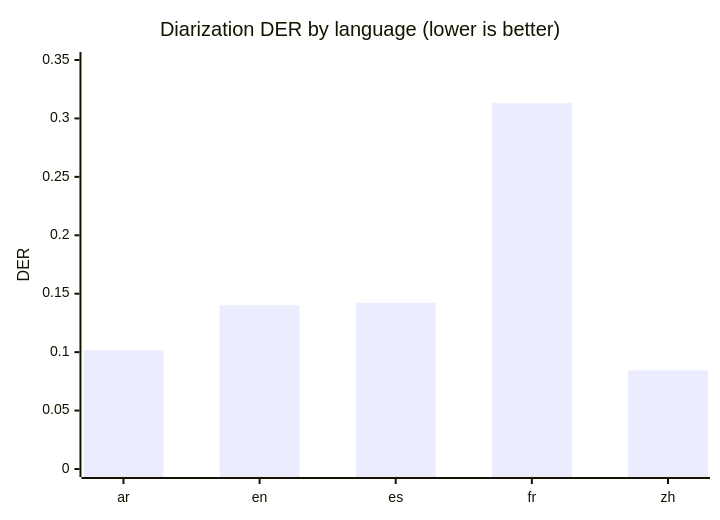
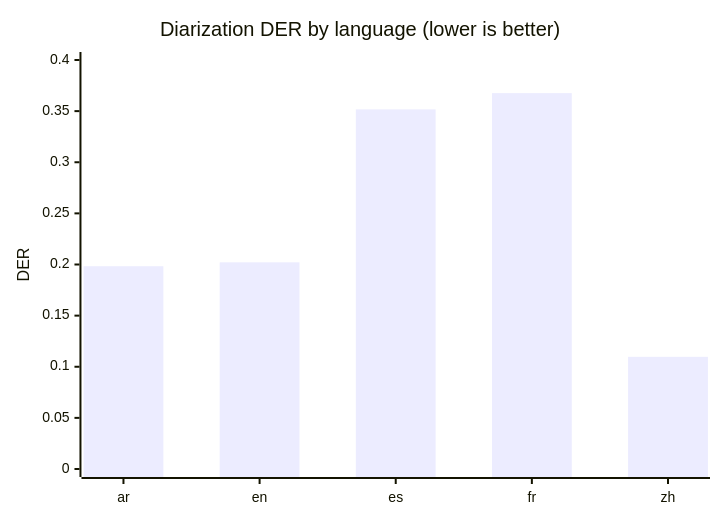
One commit to nkhaloo/speech-stack-benchmark changed the third of 5 diagrams in docs/results.md. Above: the diagram before and after it, drawn with Mermaid. The commit also changed other lines of this file and 2 other files, not shown here.

````diff
--- a/docs/results.md
+++ b/docs/results.md
@@ -182,7 +176,7 @@
 ```mermaid
 xychart-beta
     title "Diarization DER by language (lower is better)"
     x-axis ["ar", "en", "es", "fr", "zh"]
-    y-axis "DER" 0 --> 0.35
-    bar [0.1017, 0.1403, 0.1422, 0.3131, 0.0844]
+    y-axis "DER" 0 --> 0.4
+    bar [0.1983, 0.2021, 0.3517, 0.3676, 0.1097]
 ```
````
